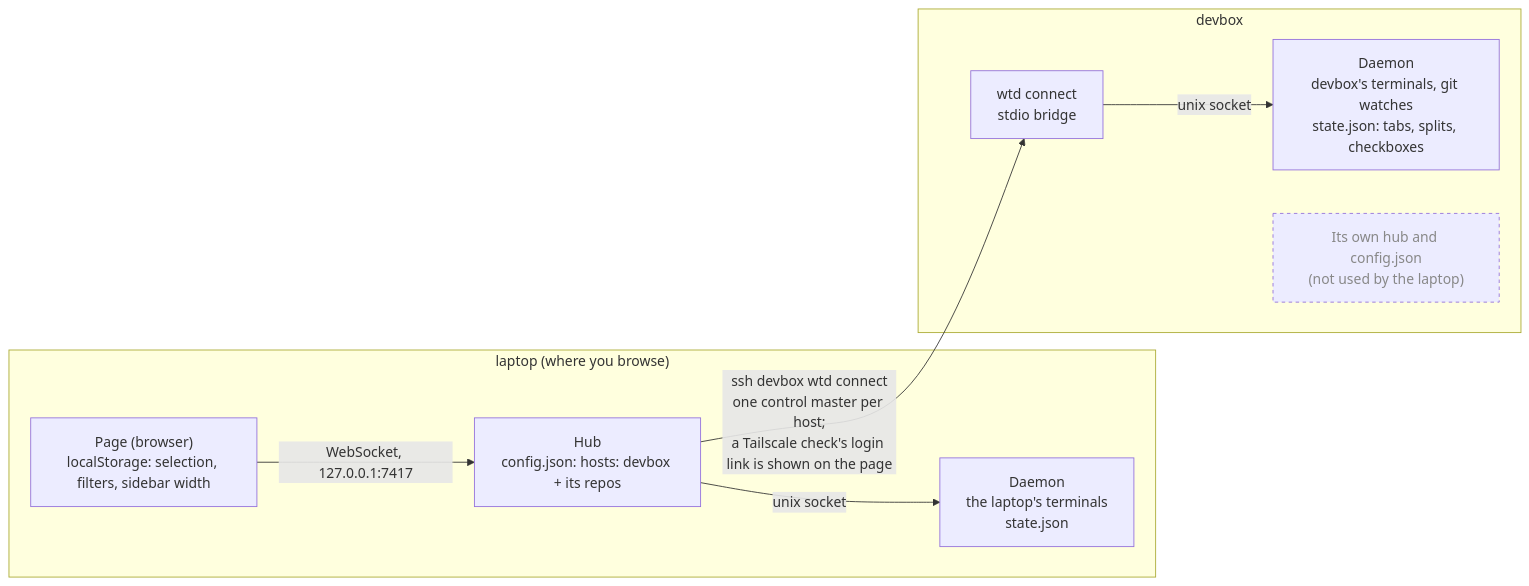
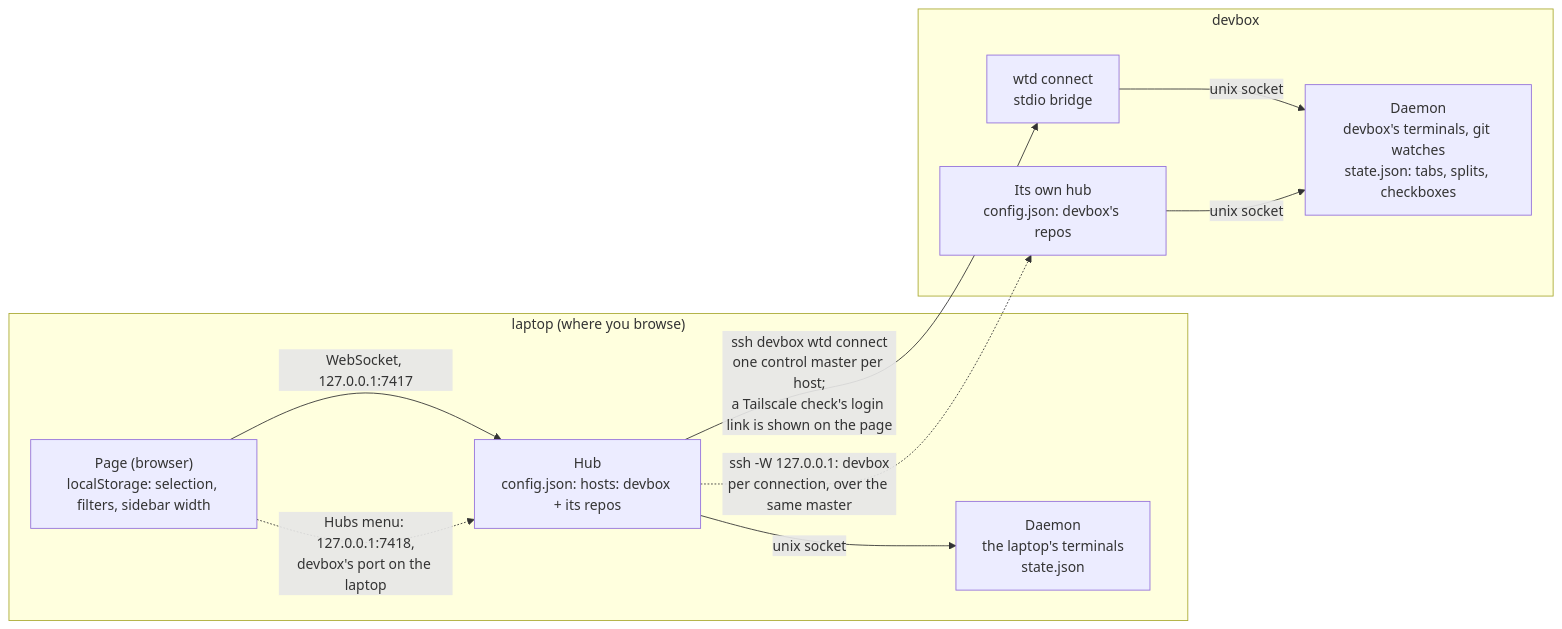
One commit to MotleyAI/worktree-term changed the second of 2 diagrams in README.md. Above: the diagram before and after it, drawn with Mermaid. The commit also changed other lines of this file and 39 other files, not shown here.

First line of the commit message:
Implement DEV-2107: show a remote host's hub in the current tab

````diff
--- a/README.md
+++ b/README.md
@@ -43,19 +43,20 @@
 ```mermaid
 flowchart LR
   subgraph laptop["laptop (where you browse)"]
     page["Page (browser)<br/>localStorage: selection, filters, sidebar width"]
     hub["Hub<br/>config.json: hosts: devbox + its repos"]
     localDaemon["Daemon<br/>the laptop's terminals<br/>state.json"]
     page -- "WebSocket, 127.0.0.1:7417" --> hub
     hub -- "unix socket" --> localDaemon
   end
   subgraph devbox["devbox"]
     connect["wtd connect<br/>stdio bridge"]
     remoteDaemon["Daemon<br/>devbox's terminals, git watches<br/>state.json: tabs, splits, checkboxes"]
-    otherHub["Its own hub and config.json<br/>(not used by the laptop)"]
+    remoteHub["Its own hub<br/>config.json: devbox's repos"]
     connect -- "unix socket" --> remoteDaemon
+    remoteHub -- "unix socket" --> remoteDaemon
   end
   hub -- "ssh devbox wtd connect<br/>one control master per host;<br/>a Tailscale check's login link is shown on the page" --> connect
-  classDef unused stroke-dasharray: 4 4,color:#888;
-  class otherHub unused;
+  page -. "Hubs menu: 127.0.0.1:7418,<br/>devbox's port on the laptop" .-> hub
+  hub -. "ssh -W 127.0.0.1:<devbox hub port> devbox<br/>per connection, over the same master" .-> remoteHub
 ```
````
